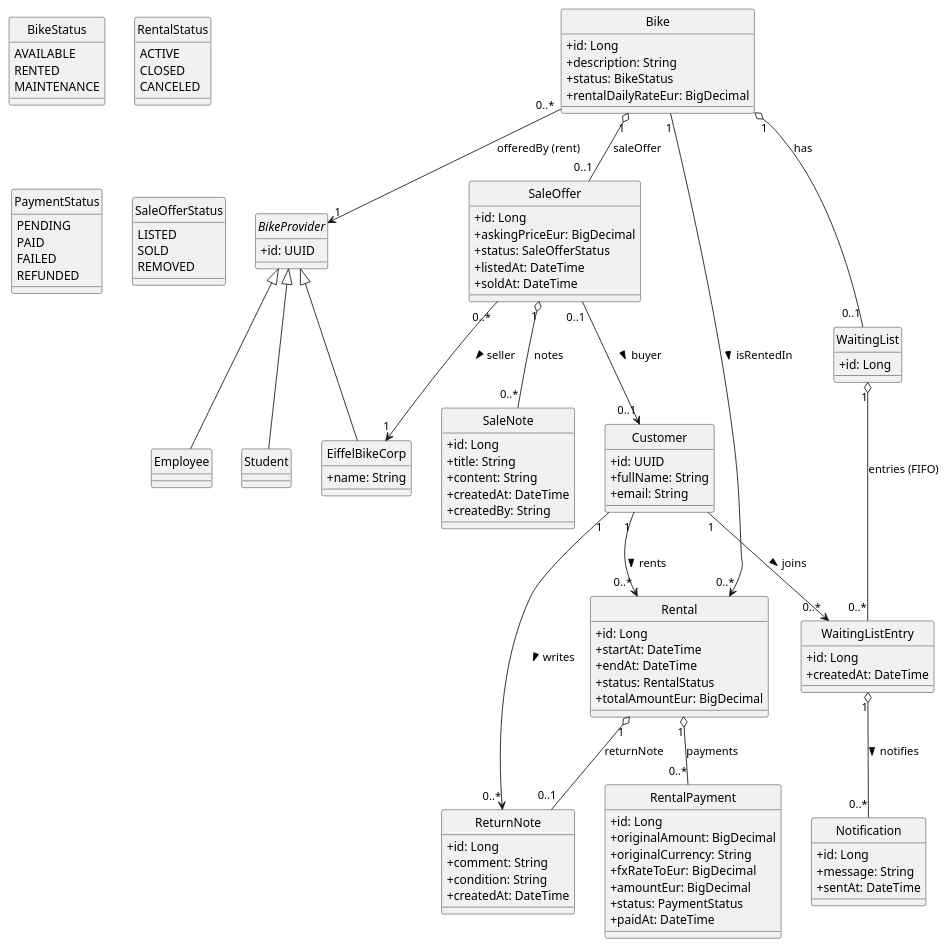
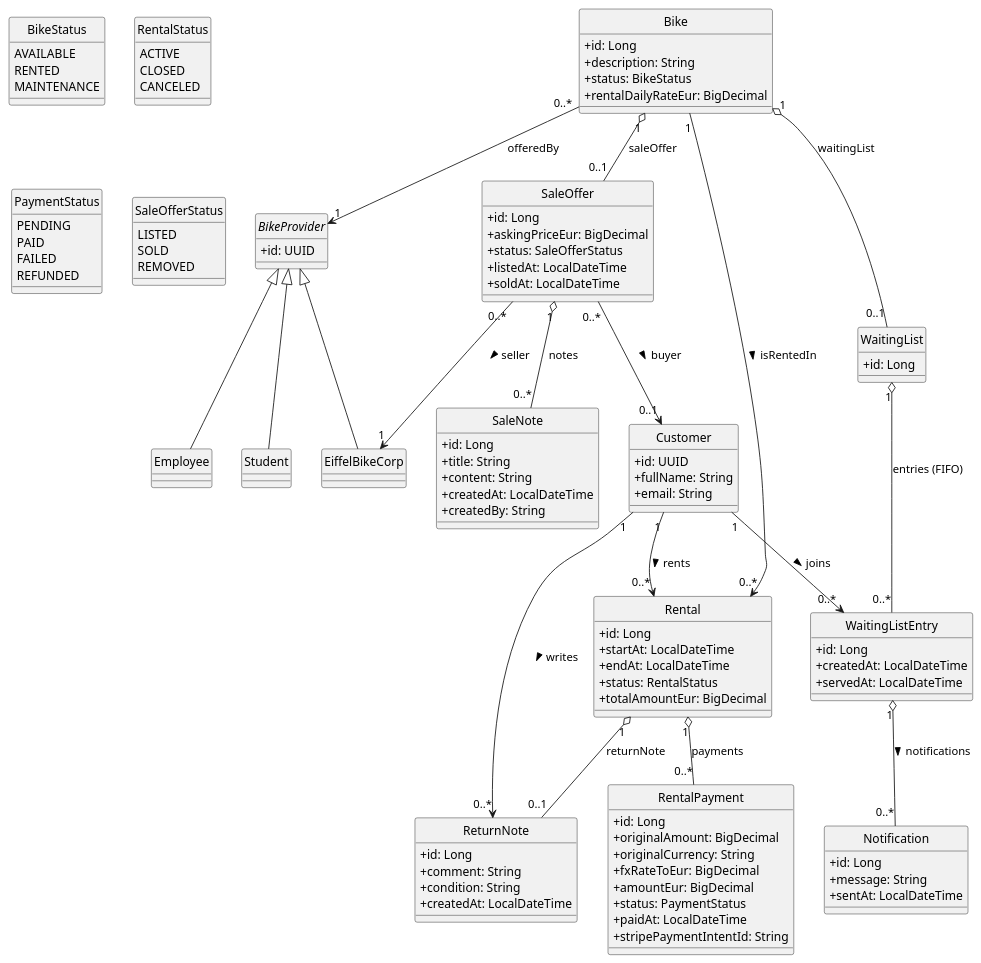
Before and after one commit to pafmoura/Eiffel-Bike-Corp: the diagram in bike-api/class_diagram.puml, drawn with PlantUML. The commit also changed 12 other files, not shown here.

Commit message:
stripe payment gateway integration (hard coded yet)

```diff
--- a/bike-api/class_diagram.puml
+++ b/bike-api/class_diagram.puml
@@ -1,152 +1,145 @@
 @startuml
 skinparam style strictuml
 skinparam classAttributeIconSize 0
 
 ' =========================
 ' Enums
 ' =========================
 enum BikeStatus {
   AVAILABLE
   RENTED
   MAINTENANCE
 }
 
 enum RentalStatus {
   ACTIVE
   CLOSED
   CANCELED
 }
 
 enum PaymentStatus {
   PENDING
   PAID
   FAILED
   REFUNDED
 }
 
 enum SaleOfferStatus {
   LISTED
   SOLD
   REMOVED
 }
 
 ' =========================
-' BikeProvider / Customer hierarchy
+' Core actors / identities
 ' =========================
 abstract class BikeProvider {
   +id: UUID
 }
 
-class Customer {
-    +id: UUID
-  +fullName: String
-  +email: String
-}
-
 class Student
 class Employee
-
-class EiffelBikeCorp {
-  +name: String
-}
+class EiffelBikeCorp
 
 BikeProvider <|-- Student
 BikeProvider <|-- Employee
 BikeProvider <|-- EiffelBikeCorp
 
+class Customer {
+  +id: UUID
+  +fullName: String
+  +email: String
+}
+
 ' =========================
-' Bike + offers
+' Bike & rental
 ' =========================
 class Bike {
   +id: Long
   +description: String
   +status: BikeStatus
   +rentalDailyRateEur: BigDecimal
 }
 
-Bike "0..*" --> "1" BikeProvider : offeredBy (rent)
-
-' =========================
-' Rental + payment + return note
-' =========================
 class Rental {
   +id: Long
-  +startAt: DateTime
-  +endAt: DateTime
+  +startAt: LocalDateTime
+  +endAt: LocalDateTime
   +status: RentalStatus
   +totalAmountEur: BigDecimal
 }
-
-Customer "1" --> "0..*" Rental : rents >
-Bike     "1" --> "0..*" Rental : isRentedIn >
 
 class RentalPayment {
   +id: Long
   +originalAmount: BigDecimal
   +originalCurrency: String
   +fxRateToEur: BigDecimal
   +amountEur: BigDecimal
   +status: PaymentStatus
-  +paidAt: DateTime
+  +paidAt: LocalDateTime
+  +stripePaymentIntentId: String
 }
-
-Rental "1" o-- "0..*" RentalPayment : payments
 
 class ReturnNote {
   +id: Long
   +comment: String
   +condition: String
-  +createdAt: DateTime
+  +createdAt: LocalDateTime
 }
 
+Bike "0..*" --> "1" BikeProvider : offeredBy
+Customer "1" --> "0..*" Rental : rents >
+Bike     "1" --> "0..*" Rental : isRentedIn >
+Rental "1" o-- "0..*" RentalPayment : payments
 Rental "1" o-- "0..1" ReturnNote : returnNote
 Customer "1" --> "0..*" ReturnNote : writes >
 
 ' =========================
-' Waiting list + notifications (FIFO)
+' Waiting list
 ' =========================
 class WaitingList {
   +id: Long
 }
 
 class WaitingListEntry {
   +id: Long
-  +createdAt: DateTime
+  +createdAt: LocalDateTime
+  +servedAt: LocalDateTime
 }
 
 class Notification {
   +id: Long
   +message: String
-  +sentAt: DateTime
+  +sentAt: LocalDateTime
 }
 
-Bike "1" o-- "0..1" WaitingList : has
+Bike "1" o-- "0..1" WaitingList : waitingList
 WaitingList "1" o-- "0..*" WaitingListEntry : entries (FIFO)
 Customer "1" --> "0..*" WaitingListEntry : joins >
-WaitingListEntry "1" o-- "0..*" Notification : notifies >
+WaitingListEntry "1" o-- "0..*" Notification : notifications >
 
 ' =========================
-' Sale flow (Corp sells bikes + notes)
+' Sale offers
 ' =========================
 class SaleOffer {
   +id: Long
   +askingPriceEur: BigDecimal
   +status: SaleOfferStatus
-  +listedAt: DateTime
-  +soldAt: DateTime
+  +listedAt: LocalDateTime
+  +soldAt: LocalDateTime
 }
 
 class SaleNote {
   +id: Long
   +title: String
   +content: String
-  +createdAt: DateTime
+  +createdAt: LocalDateTime
   +createdBy: String
 }
 
 Bike "1" o-- "0..1" SaleOffer : saleOffer
 SaleOffer "0..*" --> "1" EiffelBikeCorp : seller >
-SaleOffer "0..1" --> "0..1" Customer : buyer >
+SaleOffer "0..*" --> "0..1" Customer : buyer >
 SaleOffer "1" o-- "0..*" SaleNote : notes
 
 @enduml
```
